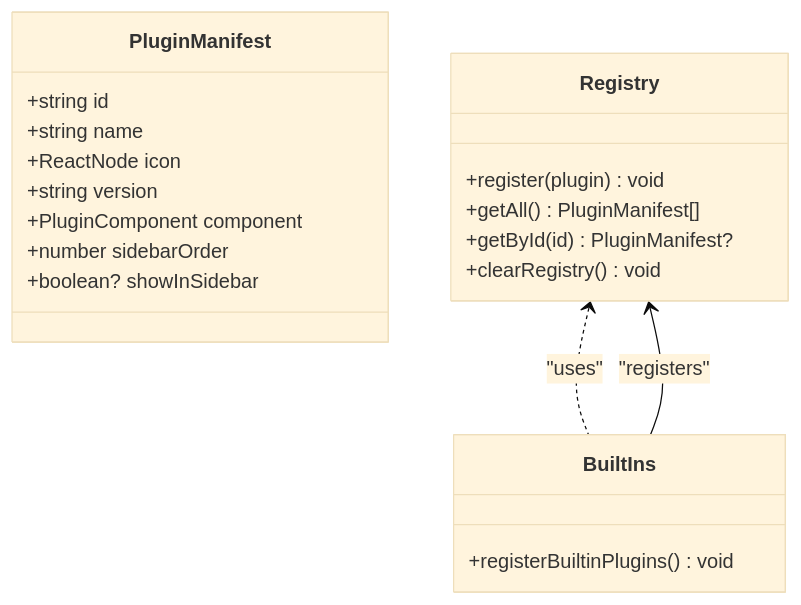
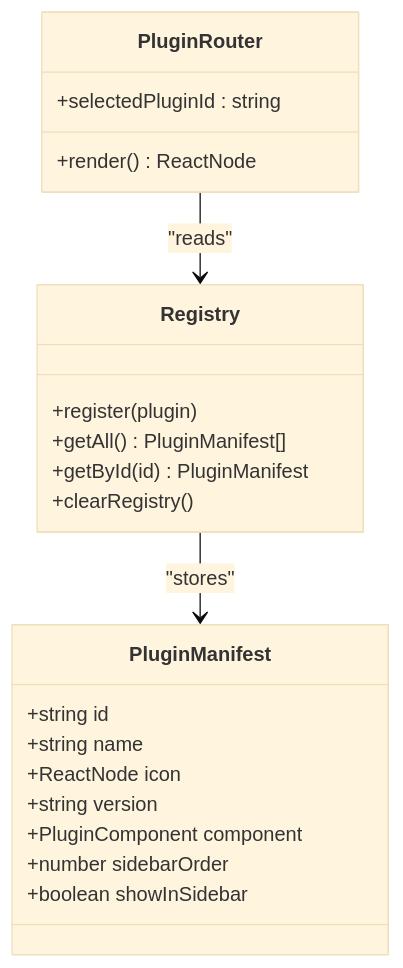
One commit to DumKing/DevNexus changed the third of 8 diagrams in .qoder/repowiki/en/content/Architecture Overview/Architecture Overview.md. Above: the diagram before and after it, drawn with Mermaid (base theme). The commit also changed other lines of this file and 96 other files, not shown here.

````diff
--- a/.qoder/repowiki/en/content/Architecture Overview/Architecture Overview.md
+++ b/.qoder/repowiki/en/content/Architecture Overview/Architecture Overview.md
@@ -164,23 +168,24 @@
 ```mermaid
 classDiagram
 class PluginManifest {
 +string id
 +string name
 +ReactNode icon
 +string version
 +PluginComponent component
 +number sidebarOrder
-+boolean? showInSidebar
++boolean showInSidebar
 }
 class Registry {
-+register(plugin) void
++register(plugin)
 +getAll() PluginManifest[]
-+getById(id) PluginManifest?
-+clearRegistry() void
++getById(id) PluginManifest
++clearRegistry()
 }
-class BuiltIns {
-+registerBuiltinPlugins() void
+class PluginRouter {
++selectedPluginId : string
++render() ReactNode
 }
-Registry <.. BuiltIns : "uses"
-BuiltIns --> Registry : "registers"
+Registry --> PluginManifest : "stores"
+PluginRouter --> Registry : "reads"
 ```
````
